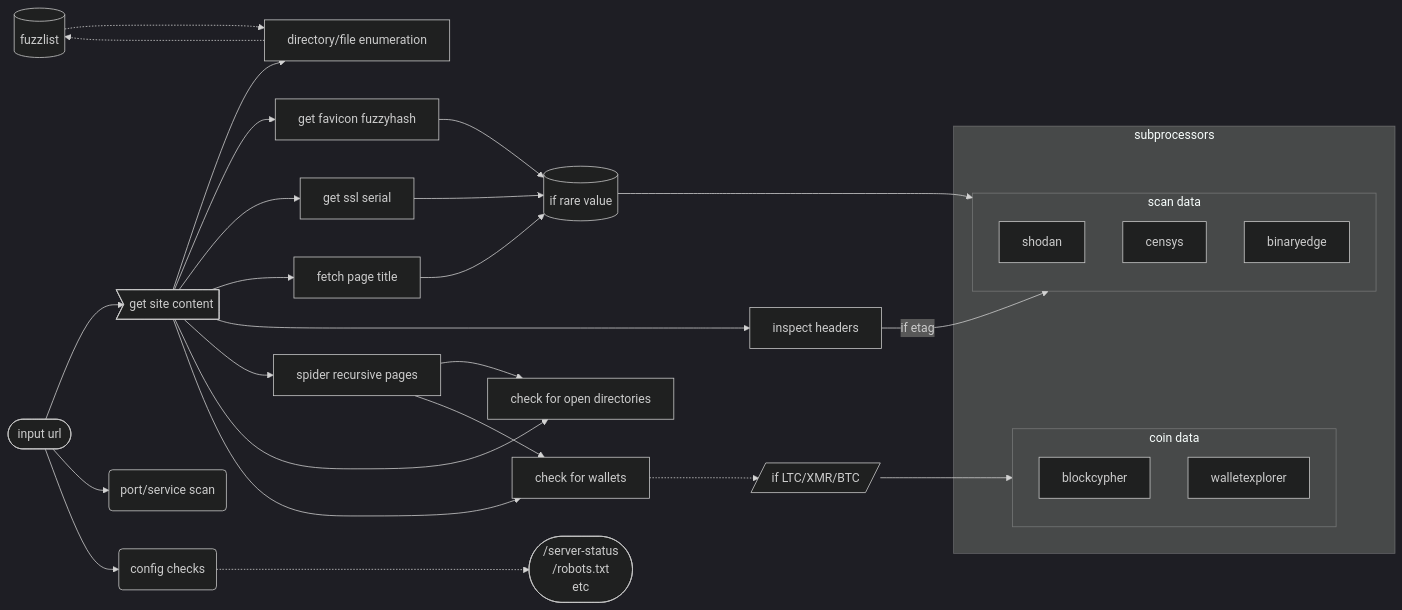
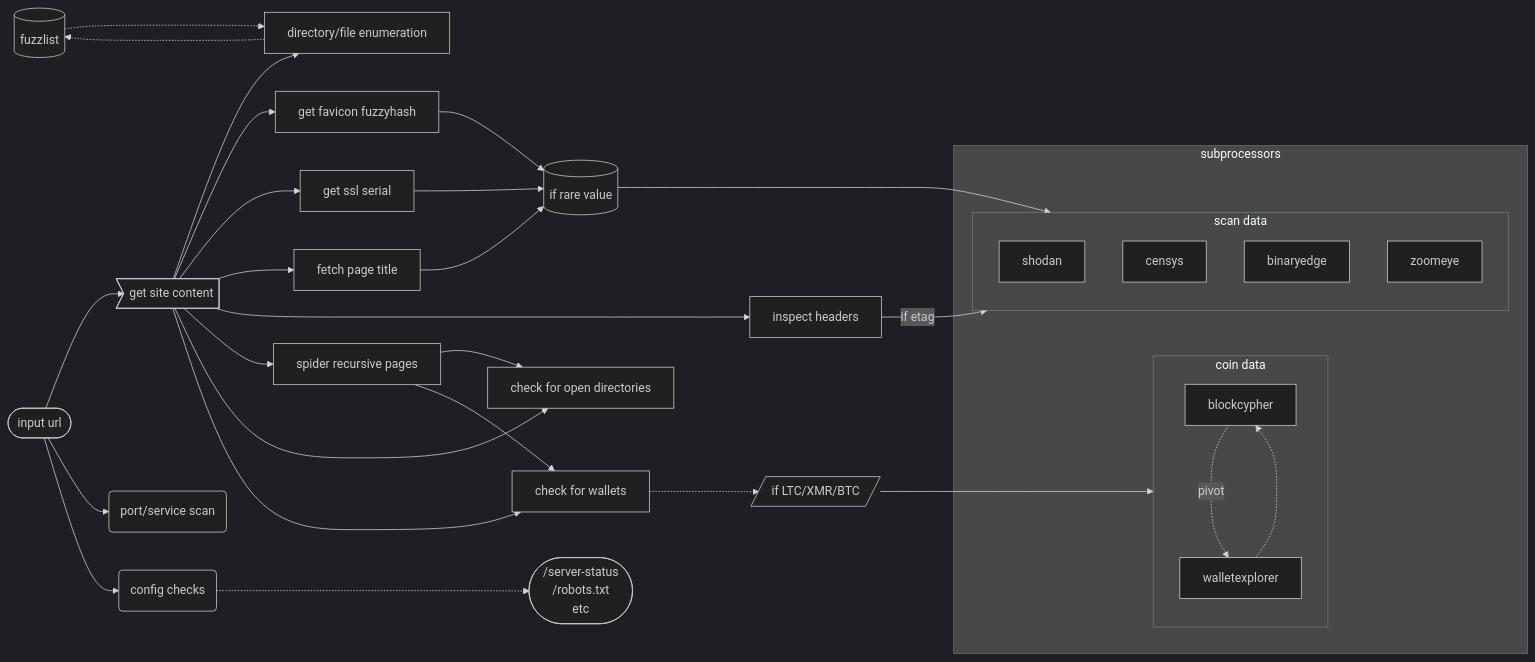
Before and after one commit to joshhighet/bebop: the diagram in README.md, drawn with Mermaid (dark theme). The commit also changed other lines of this file and 5 other files, not shown here.

````diff
--- a/README.md
+++ b/README.md
@@ -9,42 +9,45 @@
 ```mermaid
 graph LR
     subgraph subprocessors
         subgraph cryptocurrency[coin data]
         blockcypher
         walletexplorer
+        blockcypher -..-> |pivot|walletexplorer
+        walletexplorer -..-> blockcypher
         end
         subgraph netscans[scan data]
         shodan
         censys
         binaryedge
+        zoomeye
         end
     end
     lookupsaver[(if rare value)]
     fuzzlist[(fuzzlist)]
     opndir[check for open directories]
     cryptoc[check for wallets]
     checks([/server-status\n/robots.txt\netc])
     anchor([input url]) -->mainget>get site content]
     mainget --> fuzz[directory/file enumeration]
     fuzz -..-> fuzzlist
     fuzzlist -..-> fuzz
     anchor --> scan(port/service scan)
     anchor --> checker(config checks)
     checker -..-> checks
     mainget --> favicon[get favicon fuzzyhash]
     mainget --> sslserial[get ssl serial]
     sslserial --> lookupsaver
     favicon --> lookupsaver
     mainget --> title[fetch page title]
     title --> lookupsaver
     mainget --> headers[inspect headers]
     headers --> |if etag|netscans
     lookupsaver --> netscans
     mainget --> spider[spider recursive pages]
     mainget --> opndir
     spider --> opndir
     mainget --> cryptoc
     spider --> cryptoc
     cryptoc -..-> ifsupportedcoin[/if LTC/XMR/BTC/]
     ifsupportedcoin --> cryptocurrency
 ```
````
